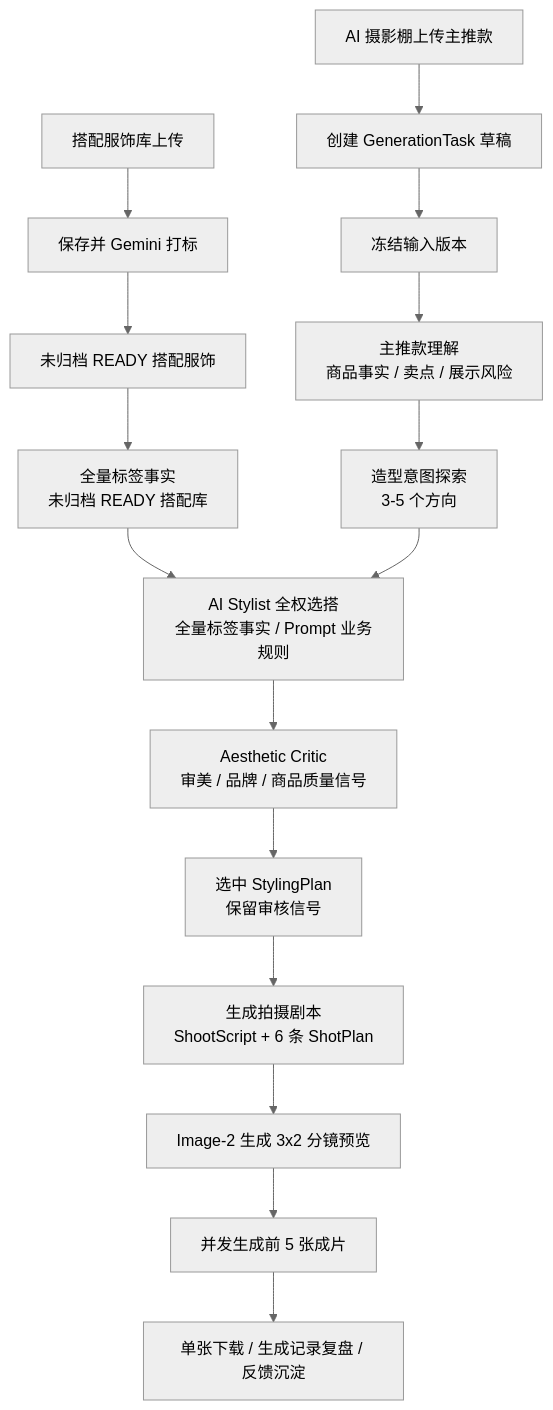
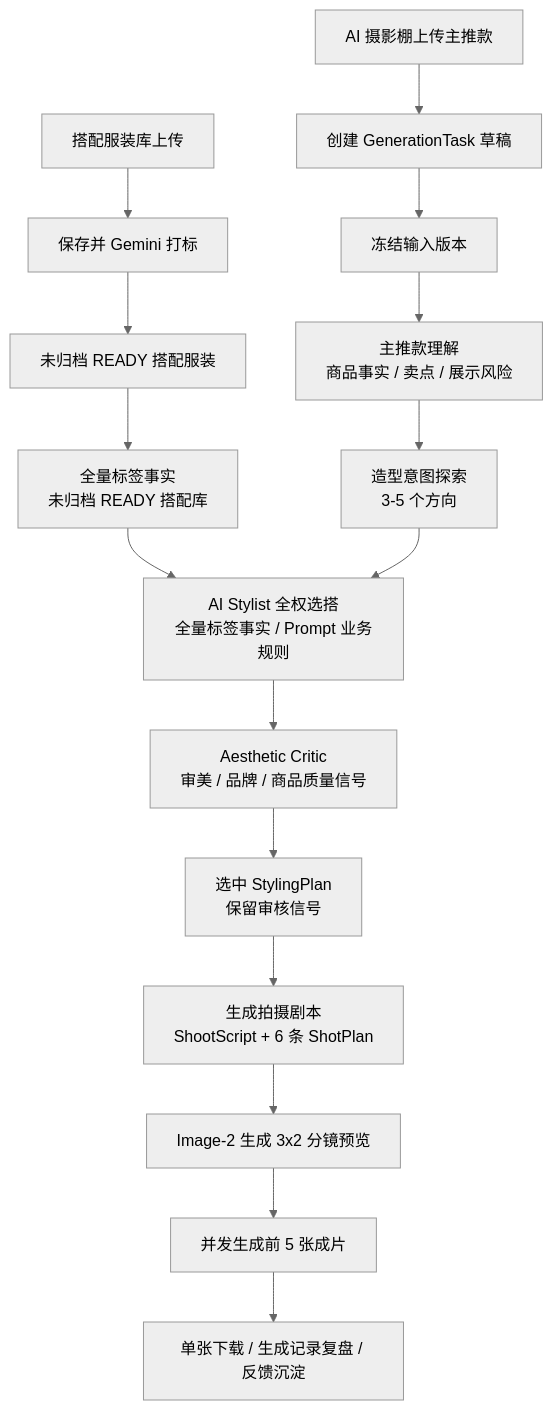
One commit to happyvchen/ruyi-dream changed the diagram in design/01_generation_flow/generation_flow.md. Above: the diagram before and after it, drawn with Mermaid (neutral theme). The commit also changed other lines of this file and 41 other files, not shown here.

````diff
--- a/design/01_generation_flow/generation_flow.md
+++ b/design/01_generation_flow/generation_flow.md
@@ -7,18 +7,18 @@
 ```mermaid
 flowchart TD
-  A["搭配服饰库上传"] --> B["保存并 Gemini 打标"]
-  B --> C["未归档 READY 搭配服饰"]
+  A["搭配服装库上传"] --> B["保存并 Gemini 打标"]
+  B --> C["未归档 READY 搭配服装"]
   D["AI 摄影棚上传主推款"] --> E["创建 GenerationTask 草稿"]
   E --> F["冻结输入版本"]
   C --> Q["全量标签事实<br/>未归档 READY 搭配库"]
   F --> H["主推款理解<br/>商品事实 / 卖点 / 展示风险"]
   Q --> J["AI Stylist 全权选搭<br/>全量标签事实 / Prompt 业务规则"]
   H --> I["造型意图探索<br/>3-5 个方向"]
   I --> J
   J --> K["Aesthetic Critic<br/>审美 / 品牌 / 商品质量信号"]
   K --> L["选中 StylingPlan<br/>保留审核信号"]
   L --> M["生成拍摄剧本<br/>ShootScript + 6 条 ShotPlan"]
   M --> N["Image-2 生成 3x2 分镜预览"]
   N --> O["并发生成前 5 张成片"]
   O --> P["单张下载 / 生成记录复盘 / 反馈沉淀"]
 ```
````
